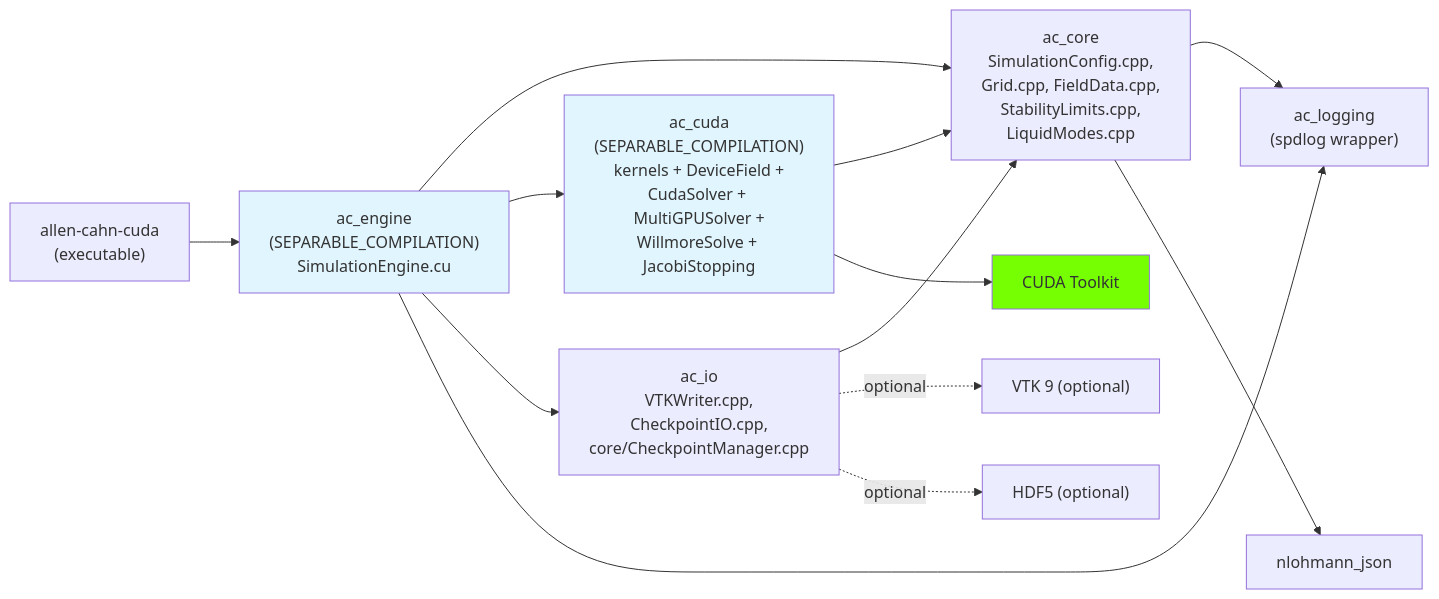
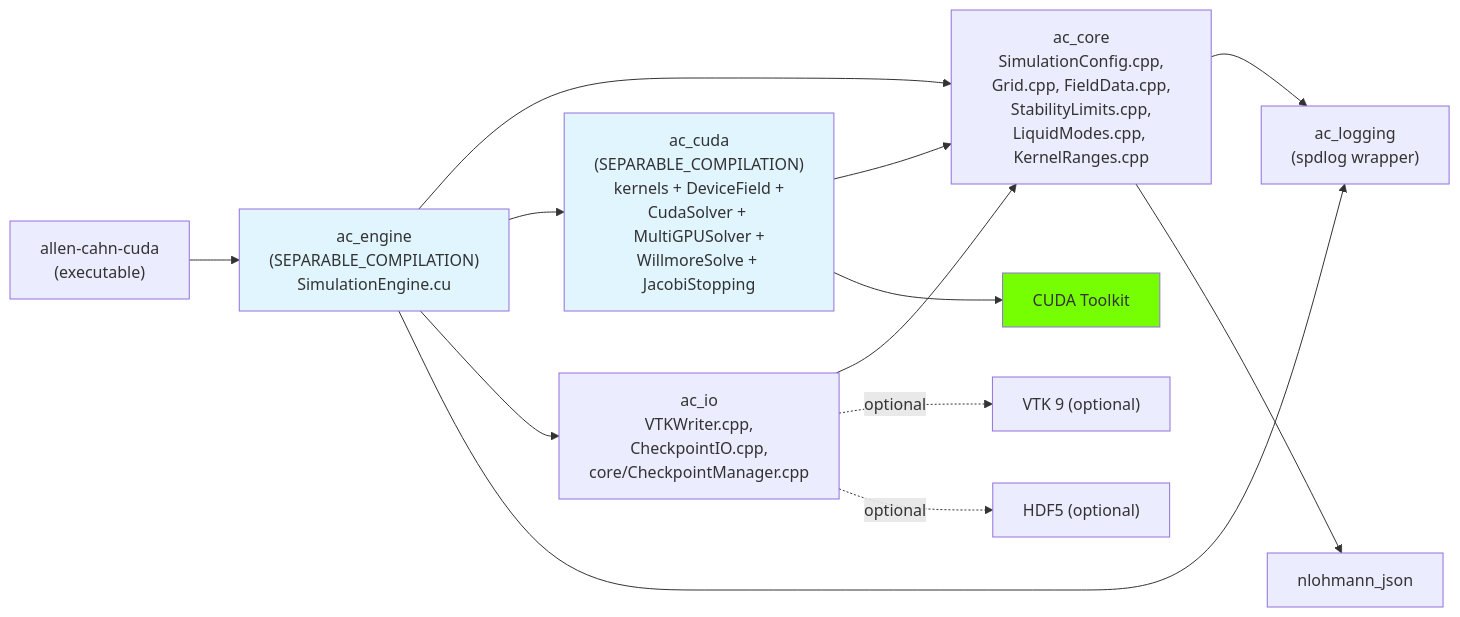
Before and after one commit to myousefi2016/Allen-Cahn-CUDA: the second of 9 diagrams in docs/ARCHITECTURE.md, drawn with Mermaid. The commit also changed other lines of this file and 15 other files, not shown here.

````diff
--- a/docs/ARCHITECTURE.md
+++ b/docs/ARCHITECTURE.md
@@ -98,30 +98,30 @@
 ```mermaid
 graph LR
     aclog["ac_logging<br/>(spdlog wrapper)"]
-    accore["ac_core<br/>SimulationConfig.cpp,<br/>Grid.cpp, FieldData.cpp,<br/>StabilityLimits.cpp,<br/>LiquidModes.cpp"]
+    accore["ac_core<br/>SimulationConfig.cpp,<br/>Grid.cpp, FieldData.cpp,<br/>StabilityLimits.cpp,<br/>LiquidModes.cpp, KernelRanges.cpp"]
     accuda["ac_cuda<br/>(SEPARABLE_COMPILATION)<br/>kernels + DeviceField +<br/>CudaSolver + MultiGPUSolver +<br/>WillmoreSolve + JacobiStopping"]
     acio["ac_io<br/>VTKWriter.cpp,<br/>CheckpointIO.cpp,<br/>core/CheckpointManager.cpp"]
     acengine["ac_engine<br/>(SEPARABLE_COMPILATION)<br/>SimulationEngine.cu"]
     exe["allen-cahn-cuda<br/>(executable)"]
     json["nlohmann_json"]
     cuda["CUDA Toolkit"]
     vtk["VTK 9 (optional)"]
     hdf5["HDF5 (optional)"]
 
     accore --> aclog
     accore --> json
     accuda --> accore
     accuda --> cuda
     acio --> accore
     acio -.optional.-> vtk
     acio -.optional.-> hdf5
     acengine --> accore
     acengine --> accuda
     acengine --> acio
     acengine --> aclog
     exe --> acengine
 
     style accuda fill:#e1f5fe
     style acengine fill:#e1f5fe
     style cuda fill:#76ff03
 ```
````
